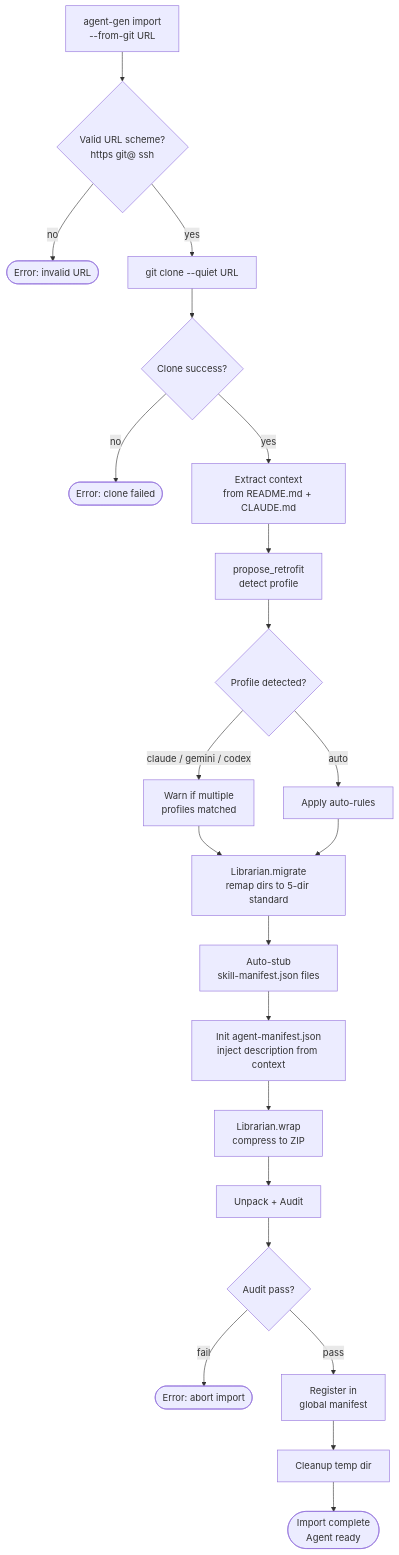
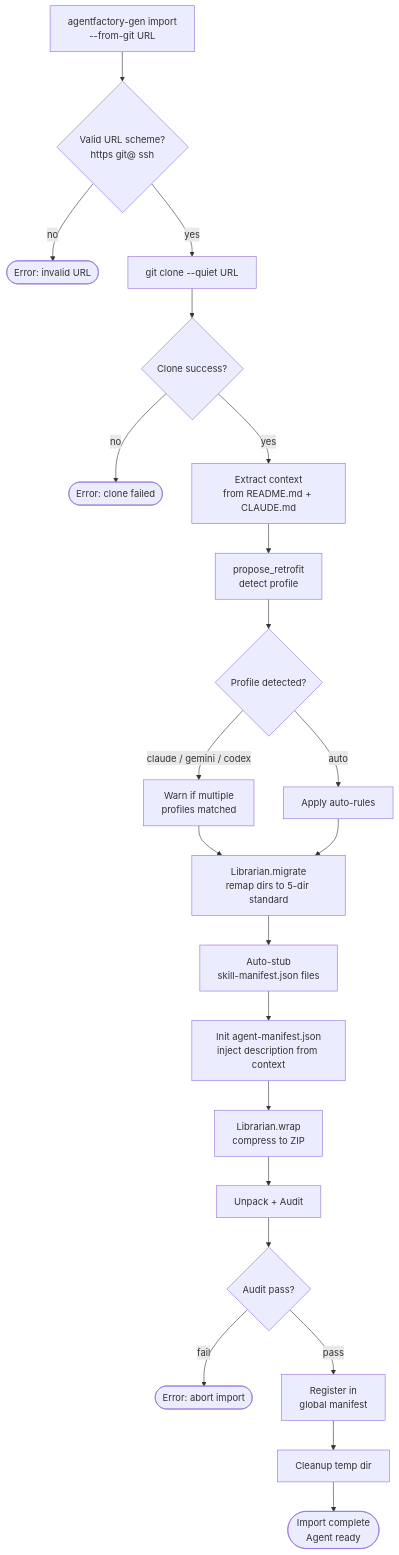
The third of 8 diagrams in README.md (matheusmlopess/AgentFactory), drawn with Mermaid before and after one commit. The commit also changed other lines of this file and 2 other files, not shown here.

First line of the commit message:
fix: rename agent-gen → agentfactory-gen in README + add release-readiness tests

````diff
--- a/README.md
+++ b/README.md
@@ -100,26 +100,26 @@
 ```mermaid
 flowchart TD
-    A[agent-gen import\n--from-git URL] --> B{Valid URL scheme?\nhttps git@ ssh}
+    A[agentfactory-gen import\n--from-git URL] --> B{Valid URL scheme?\nhttps git@ ssh}
     B -->|no| ERR1([Error: invalid URL])
     B -->|yes| C[git clone --quiet URL]
     C --> D{Clone success?}
     D -->|no| ERR2([Error: clone failed])
     D -->|yes| E[Extract context\nfrom README.md + CLAUDE.md]
 
     E --> F[propose_retrofit\ndetect profile]
     F --> G{Profile detected?}
     G -->|claude / gemini / codex| H[Warn if multiple\nprofiles matched]
     G -->|auto| I[Apply auto-rules]
     H --> J[Librarian.migrate\nremap dirs to 5-dir standard]
     I --> J
 
     J --> K[Auto-stub\nskill-manifest.json files]
     K --> L[Init agent-manifest.json\ninject description from context]
     L --> M[Librarian.wrap\ncompress to ZIP]
     M --> N[Unpack + Audit]
     N --> O{Audit pass?}
     O -->|fail| ERR3([Error: abort import])
     O -->|pass| P[Register in\nglobal manifest]
     P --> Q[Cleanup temp dir]
     Q --> R([Import complete\nAgent ready])
 ```
````
